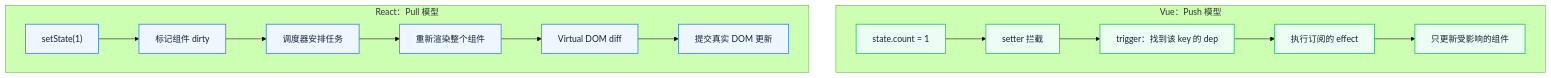
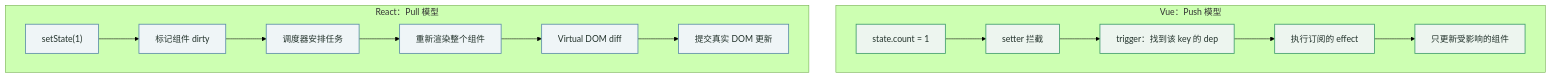
One commit to Fatejian/frontier-vault changed the third of 3 diagrams in docs/frameworks/vue3-reactivity.md. Above: the diagram before and after it, drawn with Mermaid (forest theme). The commit also changed other lines of this file and 63 other files, not shown here.

````diff
--- a/docs/frameworks/vue3-reactivity.md
+++ b/docs/frameworks/vue3-reactivity.md
@@ -637,29 +637,29 @@
 ```mermaid
 flowchart TB
     subgraph Vue["Vue：Push 模型"]
         V1["state.count = 1"]
         V2["setter 拦截"]
         V3["trigger：找到该 key 的 dep"]
         V4["执行订阅的 effect"]
         V5["只更新受影响的组件"]
 
         V1 --> V2 --> V3 --> V4 --> V5
     end
 
     subgraph React["React：Pull 模型"]
         R1["setState(1)"]
         R2["标记组件 dirty"]
         R3["调度器安排任务"]
         R4["重新渲染整个组件"]
         R5["Virtual DOM diff"]
         R6["提交真实 DOM 更新"]
 
         R1 --> R2 --> R3 --> R4 --> R5 --> R6
     end
 
-    classDef work fill:#ECFDF3,stroke:#22C55E,color:#172033,stroke-width:1.5px;
-    classDef wait fill:#EEF6FF,stroke:#3B82F6,color:#172033,stroke-width:1.5px;
+    classDef work fill:#EDF5EF,stroke:#3E9B6B,color:#22322B,stroke-width:1.5px;
+    classDef wait fill:#EFF5F7,stroke:#5B8CA8,color:#22322B,stroke-width:1.5px;
 
     class V1,V2,V3,V4,V5 work;
     class R1,R2,R3,R4,R5,R6 wait;
 ```
````
